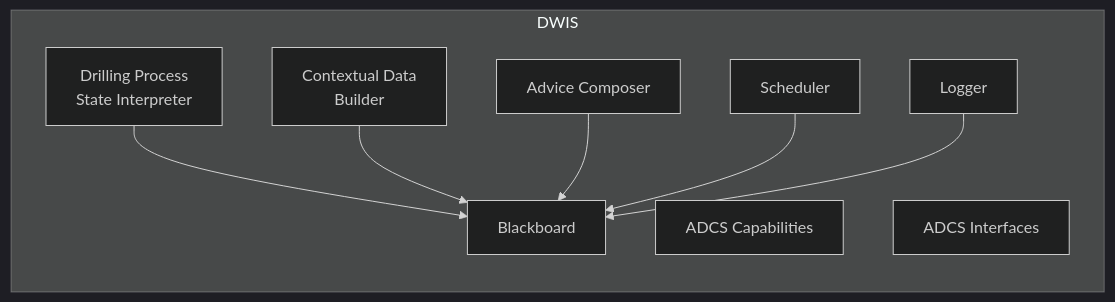
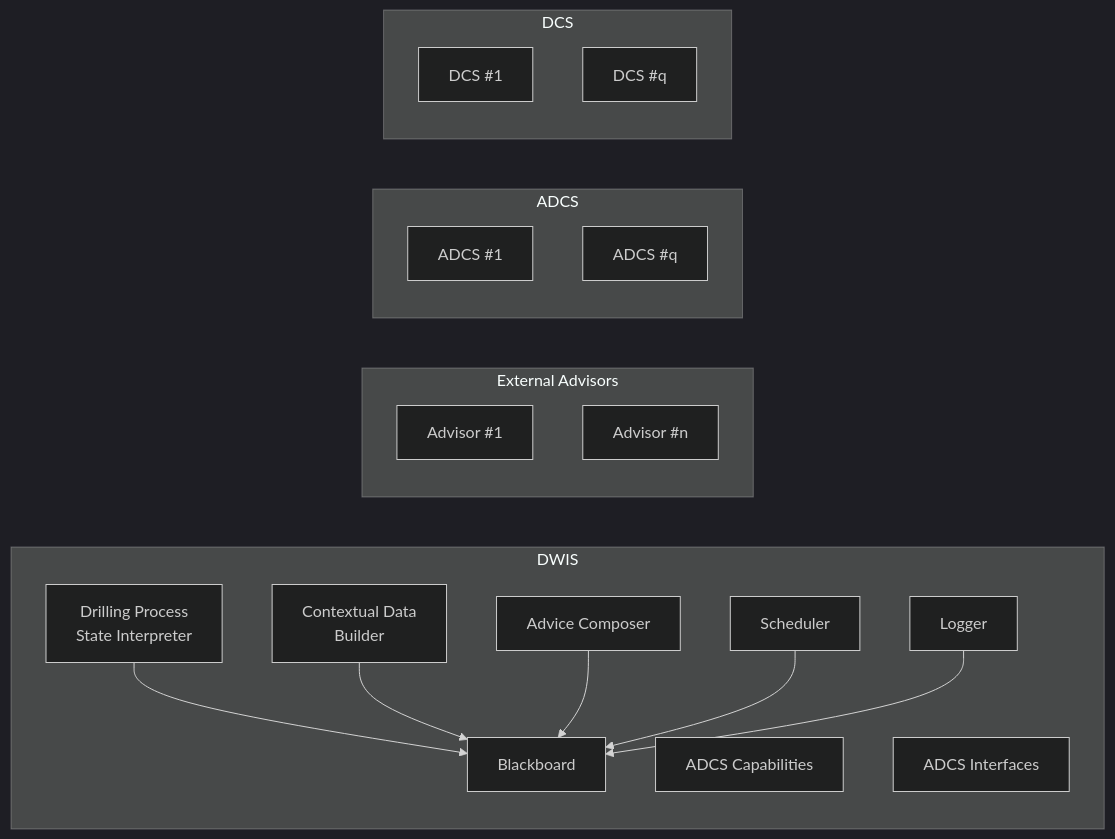
One commit to D-WIS/.github changed the second of 2 diagrams in profile/README.md. Above: the diagram before and after it, drawn with Mermaid (dark theme).

Commit message:
Update README with external actors and systems
Added external actors and systems sections to README.

````diff
--- a/profile/README.md
+++ b/profile/README.md
@@ -28,24 +28,40 @@
 ```mermaid
 flowchart LR
     %% CENTRAL SYSTEM
     subgraph DWIS[DWIS]
         BB[Blackboard]
 
         DPSI[Drilling Process<br/>State Interpreter]
         CDB[Contextual Data<br/>Builder]
         AC[Advice Composer]
         SCH[Scheduler]
         LOG[Logger]
         ADCScap[ADCS Capabilities]
         ADCSint[ADCS Interfaces]
 
         %% Internal data flows to/from Blackboard
         DPSI --> BB
         CDB --> BB
         AC --> BB
         SCH --> BB
         LOG --> BB
     end
+    %% EXTERNAL ACTORS / SYSTEMS
+
+    subgraph Advisors[External Advisors]
+        Adv1[Advisor #1]
+        AdvN[Advisor #n]
+    end
+
+    subgraph ADCS_grp[ADCS]
+        ADCS1[ADCS #1]
+        ADCSq[ADCS #q]
+    end
+
+    subgraph DCS_grp[DCS]
+        DCS1[DCS #1]
+        DCSq[DCS #q]
+    end
 
 
 ```
````
